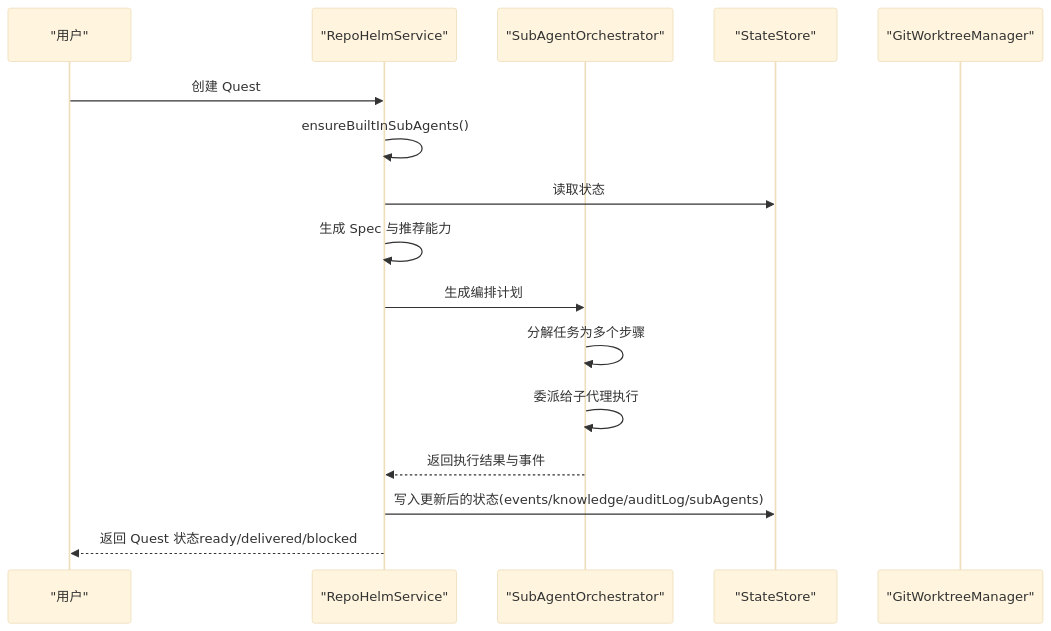
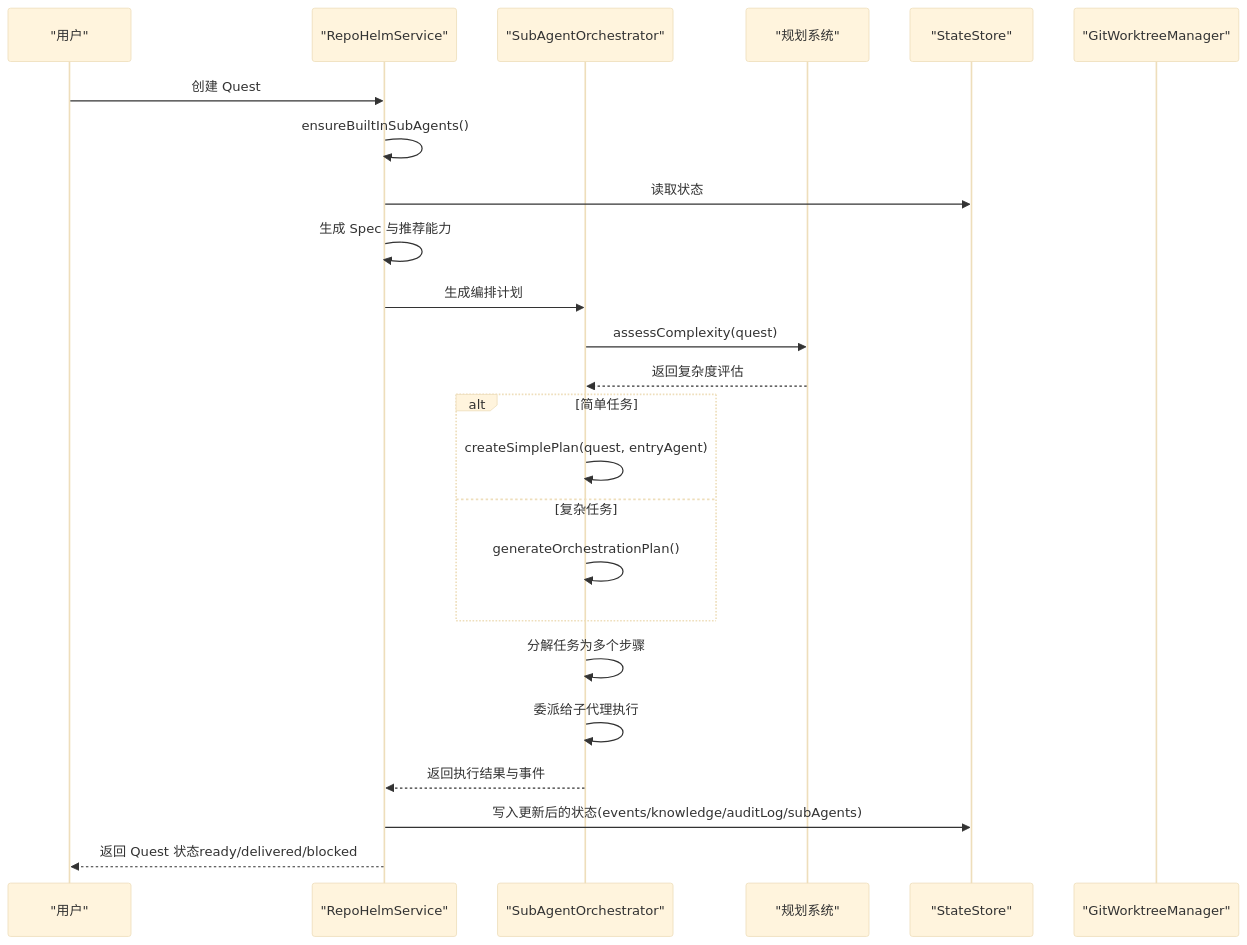
The second of 8 diagrams in .qoder/repowiki/zh/content/核心服务模块/核心服务模块.md (coconilu/RepoHelm), drawn with Mermaid (base theme) before and after one commit. The commit also changed other lines of this file and 16 other files, not shown here.

````diff
--- a/.qoder/repowiki/zh/content/核心服务模块/核心服务模块.md
+++ b/.qoder/repowiki/zh/content/核心服务模块/核心服务模块.md
@@ -131,18 +146,26 @@
 ```mermaid
 sequenceDiagram
 participant U as "用户"
 participant S as "RepoHelmService"
 participant O as "SubAgentOrchestrator"
+participant P as "规划系统"
 participant ST as "StateStore"
 participant G as "GitWorktreeManager"
 U->>S : 创建 Quest
 S->>S : ensureBuiltInSubAgents()
 S->>ST : 读取状态
 S->>S : 生成 Spec 与推荐能力
 S->>O : 生成编排计划
+O->>P : assessComplexity(quest)
+P-->>O : 返回复杂度评估
+alt 简单任务
+O->>O : createSimplePlan(quest, entryAgent)
+else 复杂任务
+O->>O : generateOrchestrationPlan()
+end
 O->>O : 分解任务为多个步骤
 O->>O : 委派给子代理执行
 O-->>S : 返回执行结果与事件
 S->>ST : 写入更新后的状态(events/knowledge/auditLog/subAgents)
 S-->>U : 返回 Quest 状态ready/delivered/blocked
 ```
````
